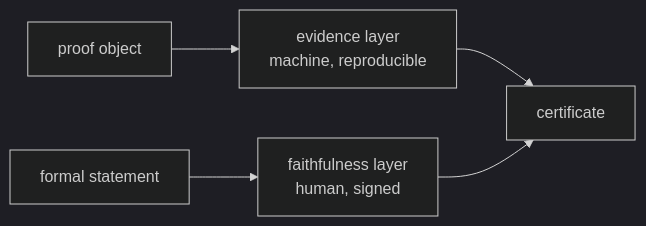
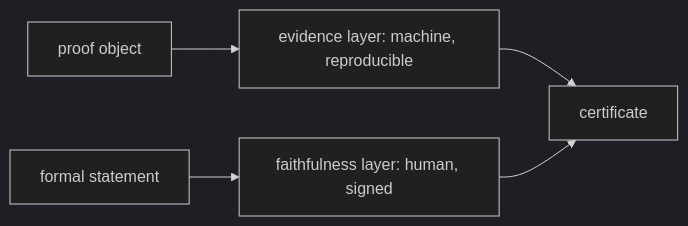
The diagram in CERTIFICATE_SCHEMA.md (vela-science/erdos-frontier), drawn with Mermaid (dark theme) before and after one commit.

Commit message:
certificate schema: single-line mermaid labels (GitHub renders br/-free)

````diff
--- a/CERTIFICATE_SCHEMA.md
+++ b/CERTIFICATE_SCHEMA.md
@@ -9,7 +9,7 @@
 ```mermaid
 flowchart LR
-    P["proof object"] --> E["evidence layer<br/>machine, reproducible"]
-    S["formal statement"] --> F["faithfulness layer<br/>human, signed"]
+    P["proof object"] --> E["evidence layer: machine, reproducible"]
+    S["formal statement"] --> F["faithfulness layer: human, signed"]
     E --> C["certificate"]
     F --> C
 ```
````
